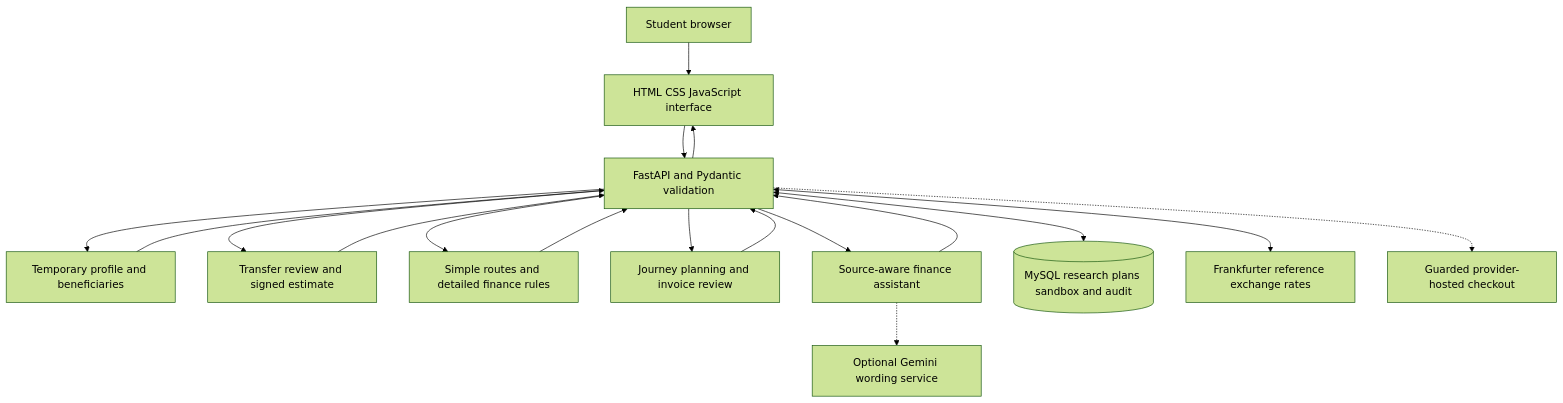
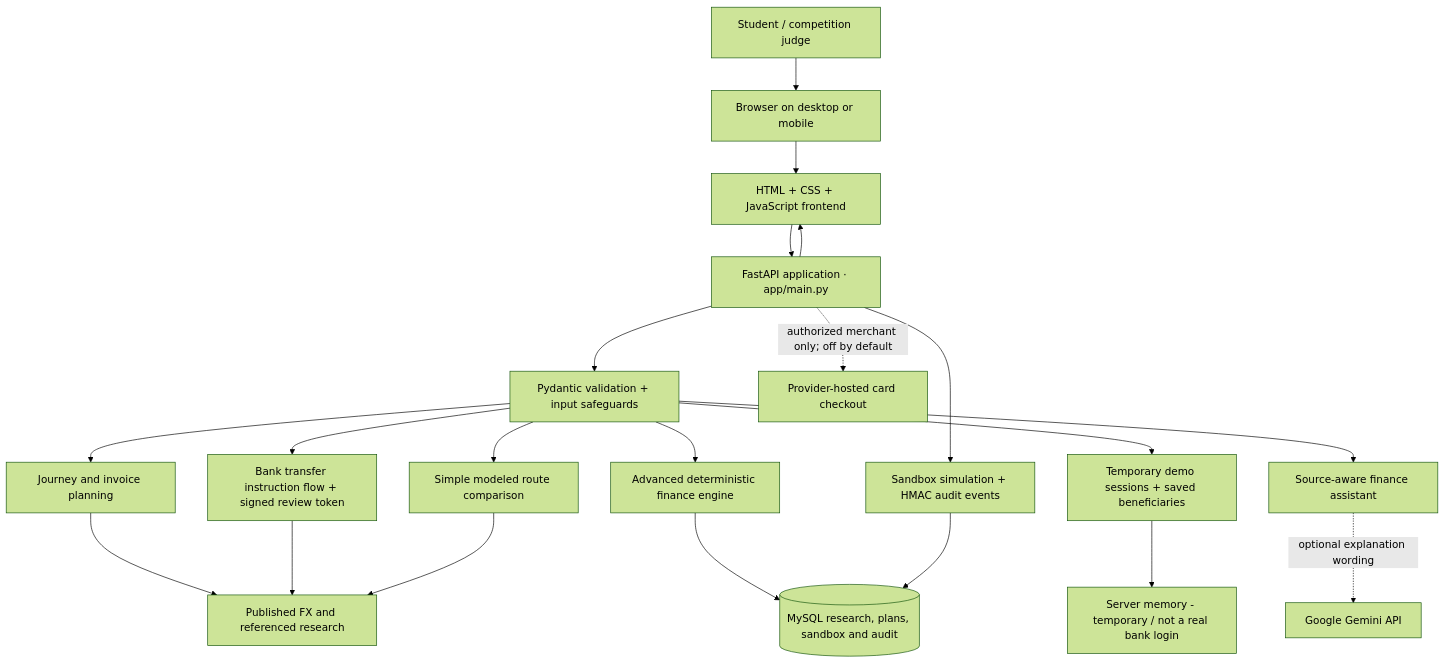
The second of 9 diagrams in README.md (Takbir-Al-Tanim/StudentBridge-AI), drawn with Mermaid (forest theme) before and after one commit. The commit also changed other lines of this file and 16 other files, not shown here.

````diff
--- a/README.md
+++ b/README.md
@@ -150,20 +326,23 @@
 ```mermaid
 flowchart TB
-    U["Student browser"] --> W["HTML CSS JavaScript interface"]
-    W --> API["FastAPI and Pydantic validation"]
-    API --> SESSION["Temporary profile and beneficiaries"]
-    API --> TRANSFER["Transfer review and signed estimate"]
-    API --> ROUTE["Simple routes and detailed finance rules"]
-    API --> JOURNEY["Journey planning and invoice review"]
-    API --> ASSIST["Source-aware finance assistant"]
-    API <--> MYSQL[("MySQL research plans sandbox and audit")]
-    API <--> FX["Frankfurter reference exchange rates"]
-    ASSIST -.-> GEMINI["Optional Gemini wording service"]
-    API -.-> CHECKOUT["Guarded provider-hosted checkout"]
-    SESSION --> API
-    TRANSFER --> API
-    ROUTE --> API
-    JOURNEY --> API
-    ASSIST --> API
-    API --> W
+    USER["Student / competition judge"] --> WEB["Browser on desktop or mobile"]
+    WEB --> UI["HTML + CSS + JavaScript frontend"]
+    UI --> API["FastAPI application · app/main.py"]
+    API --> VAL["Pydantic validation + input safeguards"]
+    VAL --> JOURNEY["Journey and invoice planning"]
+    VAL --> TRANSFER["Bank transfer instruction flow + signed review token"]
+    VAL --> ROUTES["Simple modeled route comparison"]
+    VAL --> FINANCE["Advanced deterministic finance engine"]
+    VAL --> PROFILE["Temporary demo sessions + saved beneficiaries"]
+    VAL --> AGENT["Source-aware finance assistant"]
+    JOURNEY --> DATA["Published FX and referenced research"]
+    TRANSFER --> DATA
+    ROUTES --> DATA
+    FINANCE --> DB[("MySQL research, plans, sandbox and audit")]
+    PROFILE --> MEMORY["Server memory - temporary / not a real bank login"]
+    AGENT -. "optional explanation wording" .-> GEMINI["Google Gemini API"]
+    API --> AUDIT["Sandbox simulation + HMAC audit events"]
+    AUDIT --> DB
+    API -. "authorized merchant only; off by default" .-> CHECKOUT["Provider-hosted card checkout"]
+    API --> UI
 ```
````
